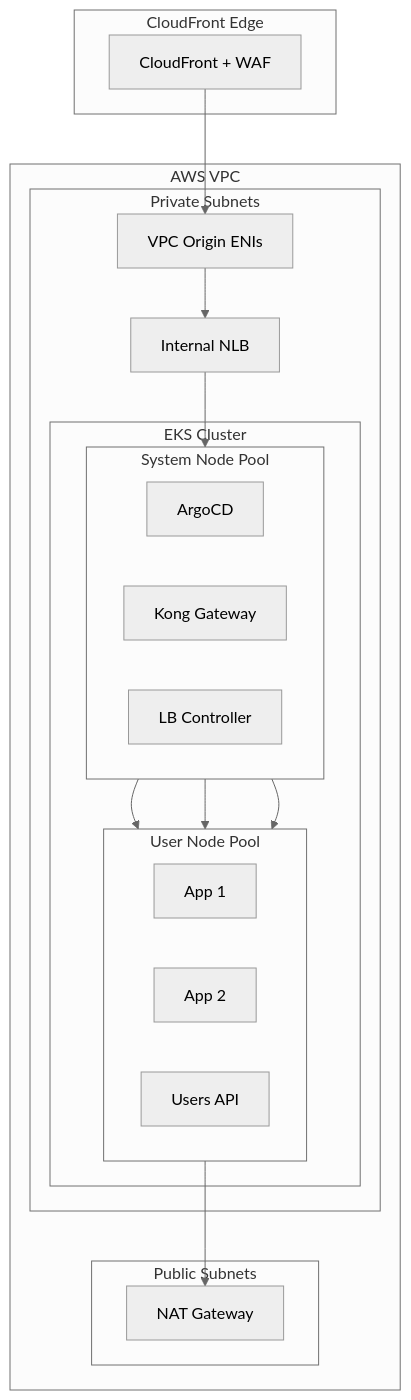
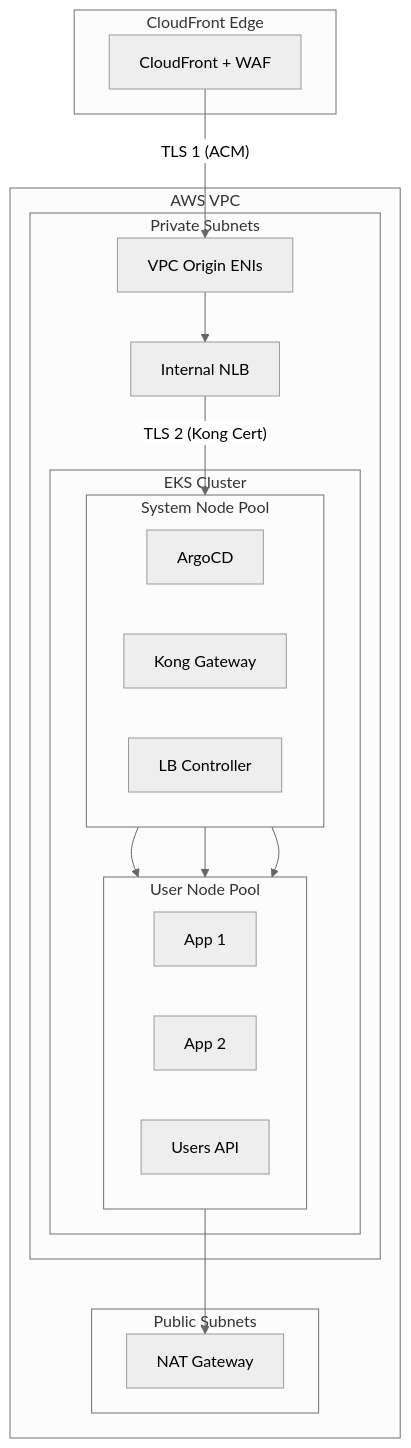
The seventh of 15 diagrams in README.md (shanaka-versent/EKS-Kong-GatewayAPI-Demo), drawn with Mermaid before and after one commit. The commit also changed other lines of this file, not shown here.

Commit message:
Update Architecture Layers and EKS diagram with end-to-end TLS

````diff
--- a/README.md
+++ b/README.md
@@ -427,42 +427,42 @@
 ```mermaid
 %%{init: {'theme': 'neutral'}}%%
 flowchart TB
     subgraph Edge["CloudFront Edge"]
         CF["CloudFront + WAF"]
     end
 
     subgraph VPC["AWS VPC"]
         subgraph PubSub["Public Subnets"]
             NAT["NAT Gateway"]
         end
 
         subgraph PrivSub["Private Subnets"]
             VPCOrigin["VPC Origin ENIs"]
             NLB["Internal NLB"]
 
             subgraph EKS["EKS Cluster"]
                 subgraph SysNodes["System Node Pool"]
                     direction LR
                     ArgoCD["ArgoCD"]
                     Kong["Kong Gateway"]
                     LBC["LB Controller"]
                 end
 
                 subgraph UserNodes["User Node Pool"]
                     direction LR
                     App1["App 1"]
                     App2["App 2"]
                     API["Users API"]
                 end
             end
         end
     end
 
-    CF --> VPCOrigin
+    CF -->|"TLS 1 (ACM)"| VPCOrigin
     VPCOrigin --> NLB
-    NLB --> Kong
+    NLB -->|"TLS 2 (Kong Cert)"| Kong
     Kong --> App1
     Kong --> App2
     Kong --> API
     UserNodes --> NAT
 ```
````
